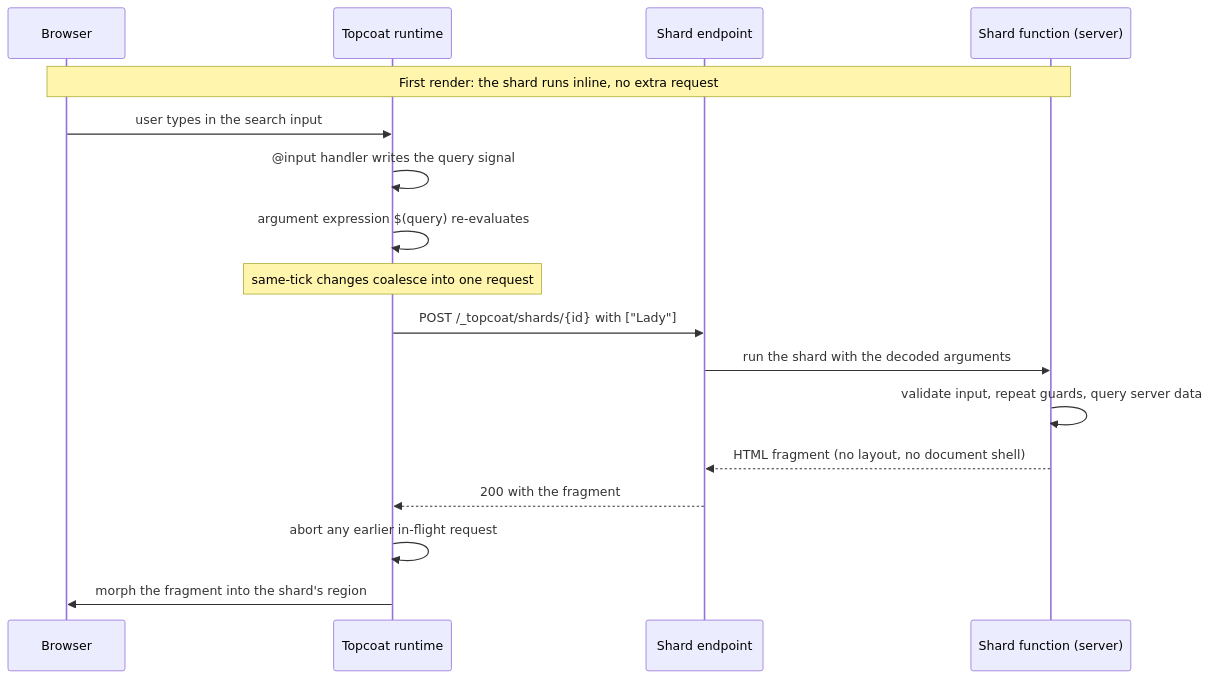
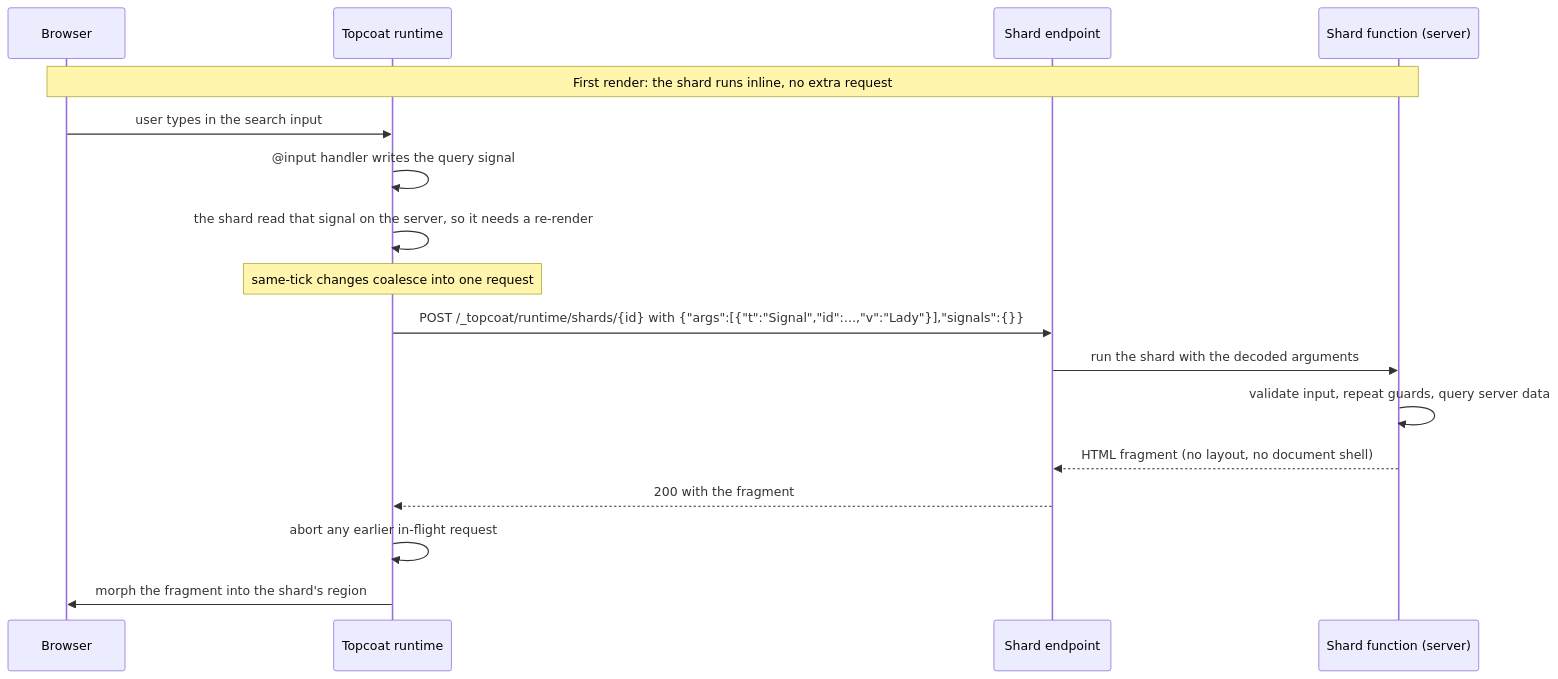
One commit to penrynjohnp/Topcoat-Workshop changed the diagram in docs/src/01-concepts/reactivity-options.md. Above: the diagram before and after it, drawn with Mermaid. The commit also changed other lines of this file and 18 other files, not shown here.

````diff
--- a/docs/src/01-concepts/reactivity-options.md
+++ b/docs/src/01-concepts/reactivity-options.md
@@ -69,20 +71,20 @@
 ```mermaid
 sequenceDiagram
     participant B as Browser
     participant R as Topcoat runtime
     participant S as Shard endpoint
     participant A as Shard function (server)
 
     Note over B,A: First render: the shard runs inline, no extra request
     B->>R: user types in the search input
     R->>R: @input handler writes the query signal
-    R->>R: argument expression $(query) re-evaluates
+    R->>R: the shard read that signal on the server, so it needs a re-render
     Note over R: same-tick changes coalesce into one request
-    R->>S: POST /_topcoat/shards/{id} with ["Lady"]
+    R->>S: POST /_topcoat/runtime/shards/{id} with {"args":[{"t":"Signal","id":…,"v":"Lady"}],"signals":{}}
     S->>A: run the shard with the decoded arguments
     A->>A: validate input, repeat guards, query server data
     A-->>S: HTML fragment (no layout, no document shell)
     S-->>R: 200 with the fragment
     R->>R: abort any earlier in-flight request
     R->>B: morph the fragment into the shard's region
 ```
````
